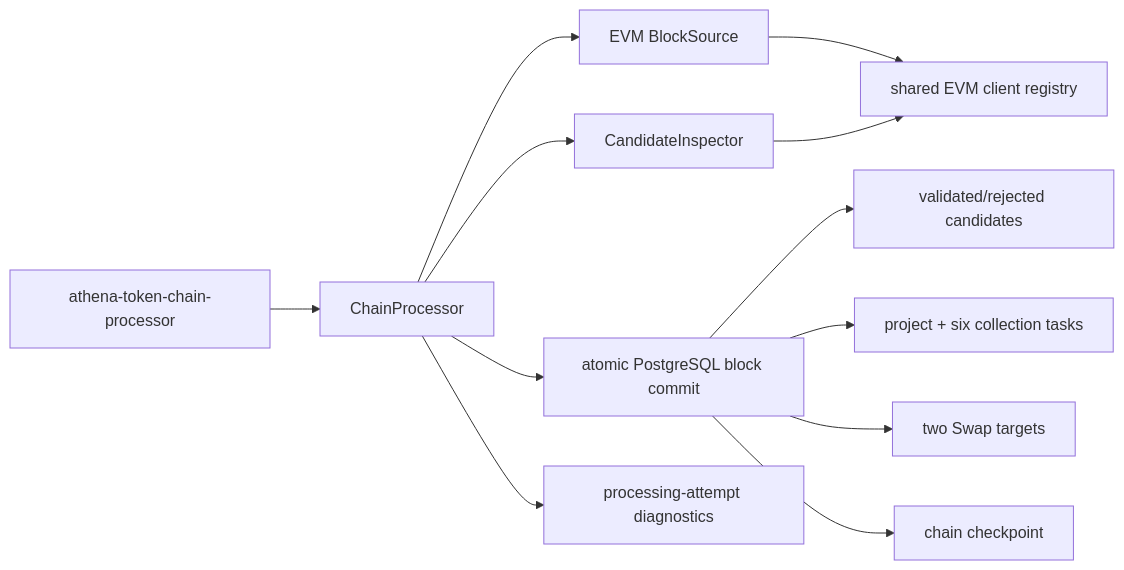
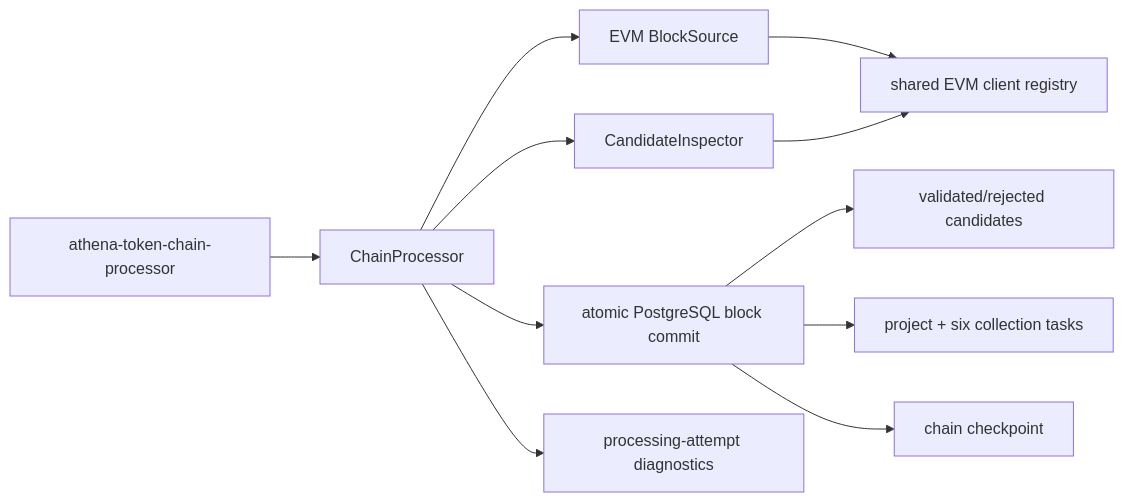
Before and after one commit to useryege/athena-o: the diagram in docs/design/token-intelligence/chain-processor.md, drawn with Mermaid. The commit also changed other lines of this file and 60 other files, not shown here.

````diff
--- a/docs/design/token-intelligence/chain-processor.md
+++ b/docs/design/token-intelligence/chain-processor.md
@@ -31,14 +31,13 @@
 ```mermaid
 flowchart LR
     P["athena-token-chain-processor"] --> A["ChainProcessor"]
     A --> B["EVM BlockSource"]
     A --> V["CandidateInspector"]
     B --> E["shared EVM client registry"]
     V --> E
     A --> C["atomic PostgreSQL block commit"]
     C --> D["validated/rejected candidates"]
     C --> J["project + six collection tasks"]
-    C --> S["two Swap targets"]
     C --> K["chain checkpoint"]
     A --> M["processing-attempt diagnostics"]
 ```
````
